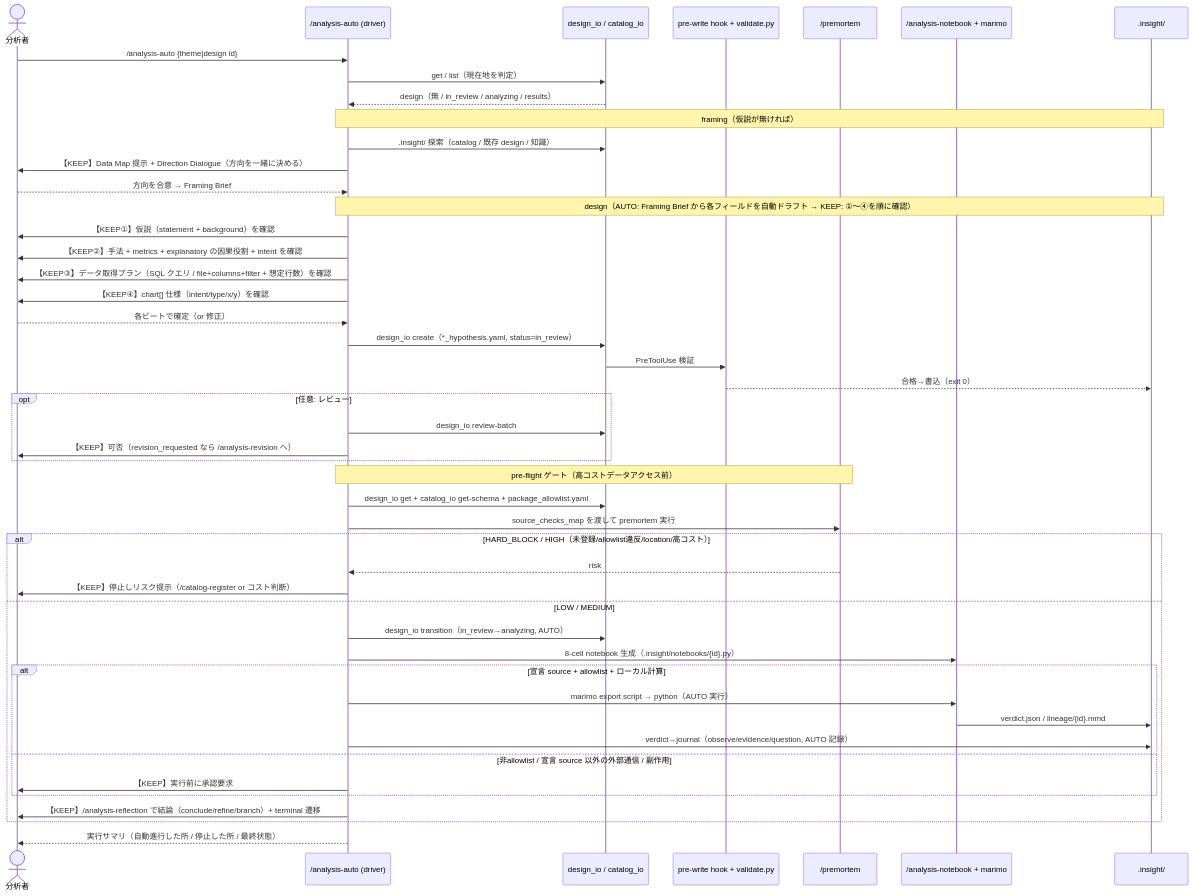
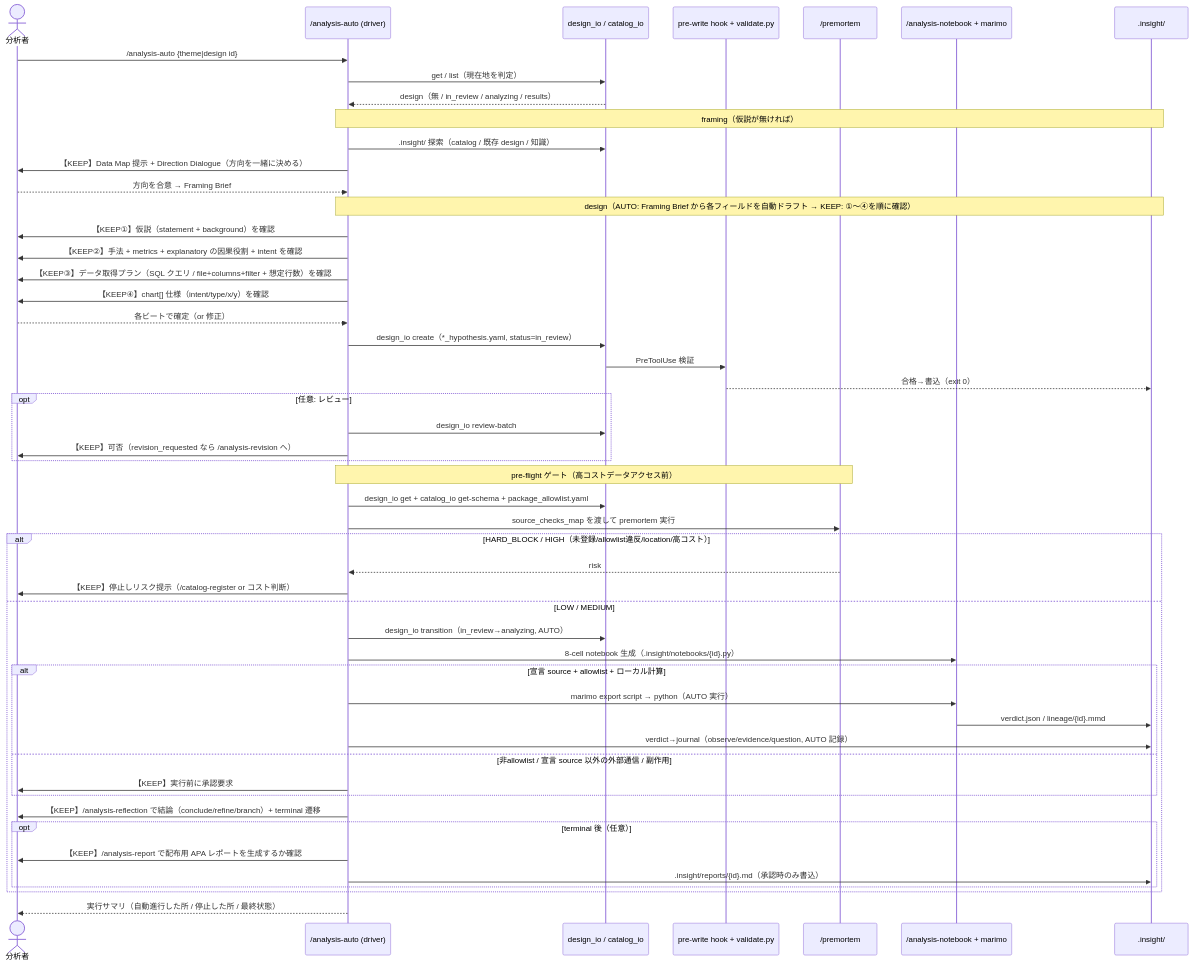
Before and after one commit to etoyama/insight-blueprint-skills: the fifth of 5 diagrams in docs/ARCHITECTURE.md, drawn with Mermaid. The commit also changed 2 other files, not shown here.

Commit message:
docs(#47): PR レビュー対応（README + analysis-auto シーケンス図に report 反映）
- README: Quick Start / Skills 一覧 / Workflow 図 / autopilot 説明に /analysis-report 追記
- ARCHITECTURE: analysis-auto 詳細シーケンス図に terminal 後の report KEEP ゲートを追加
  （実装 analysis-auto/SKILL.md step 8 と整合。図の反映漏れを是正）

Claude-Session: https://claude.ai/code/session_019ek7X1ge74xGNQhzf7NwBg

````diff
--- a/docs/ARCHITECTURE.md
+++ b/docs/ARCHITECTURE.md
@@ -270,53 +270,57 @@
 ```mermaid
 sequenceDiagram
     actor U as 分析者
     participant D as /analysis-auto (driver)
     participant IO as design_io / catalog_io
     participant H as pre-write hook + validate.py
     participant PM as /premortem
     participant NB as /analysis-notebook + marimo
     participant FS as .insight/
 
     U->>D: /analysis-auto {theme|design id}
     D->>IO: get / list（現在地を判定）
     IO-->>D: design（無 / in_review / analyzing / results）
 
     Note over D,FS: framing（仮説が無ければ）
     D->>IO: .insight/ 探索（catalog / 既存 design / 知識）
     D->>U: 【KEEP】Data Map 提示 + Direction Dialogue（方向を一緒に決める）
     U-->>D: 方向を合意 → Framing Brief
     Note over D,FS: design（AUTO: Framing Brief から各フィールドを自動ドラフト → KEEP: ①〜④を順に確認）
     D->>U: 【KEEP①】仮説（statement + background）を確認
     D->>U: 【KEEP②】手法 + metrics + explanatory の因果役割 + intent を確認
     D->>U: 【KEEP③】データ取得プラン（SQL クエリ / file+columns+filter + 想定行数）を確認
     D->>U: 【KEEP④】chart[] 仕様（intent/type/x/y）を確認
     U-->>D: 各ビートで確定（or 修正）
     D->>IO: design_io create（*_hypothesis.yaml, status=in_review）
     IO->>H: PreToolUse 検証
     H-->>FS: 合格→書込（exit 0）
 
     opt 任意: レビュー
         D->>IO: design_io review-batch
         D->>U: 【KEEP】可否（revision_requested なら /analysis-revision へ）
     end
 
     Note over D,PM: pre-flight ゲート（高コストデータアクセス前）
     D->>IO: design_io get + catalog_io get-schema + package_allowlist.yaml
     D->>PM: source_checks_map を渡して premortem 実行
     alt HARD_BLOCK / HIGH（未登録/allowlist違反/location/高コスト）
         PM-->>D: risk
         D->>U: 【KEEP】停止しリスク提示（/catalog-register or コスト判断）
     else LOW / MEDIUM
         D->>IO: design_io transition（in_review→analyzing, AUTO）
         D->>NB: 8-cell notebook 生成（.insight/notebooks/{id}.py）
         alt 宣言 source + allowlist + ローカル計算
             D->>NB: marimo export script → python（AUTO 実行）
             NB->>FS: verdict.json / lineage/{id}.mmd
             D->>FS: verdict→journal（observe/evidence/question, AUTO 記録）
         else 非allowlist / 宣言 source 以外の外部通信 / 副作用
             D->>U: 【KEEP】実行前に承認要求
         end
         D->>U: 【KEEP】/analysis-reflection で結論（conclude/refine/branch）+ terminal 遷移
+        opt terminal 後（任意）
+            D->>U: 【KEEP】/analysis-report で配布用 APA レポートを生成するか確認
+            D->>FS: .insight/reports/{id}.md（承認時のみ書込）
+        end
     end
     D-->>U: 実行サマリ（自動進行した所 / 停止した所 / 最終状態）
 ```
````
